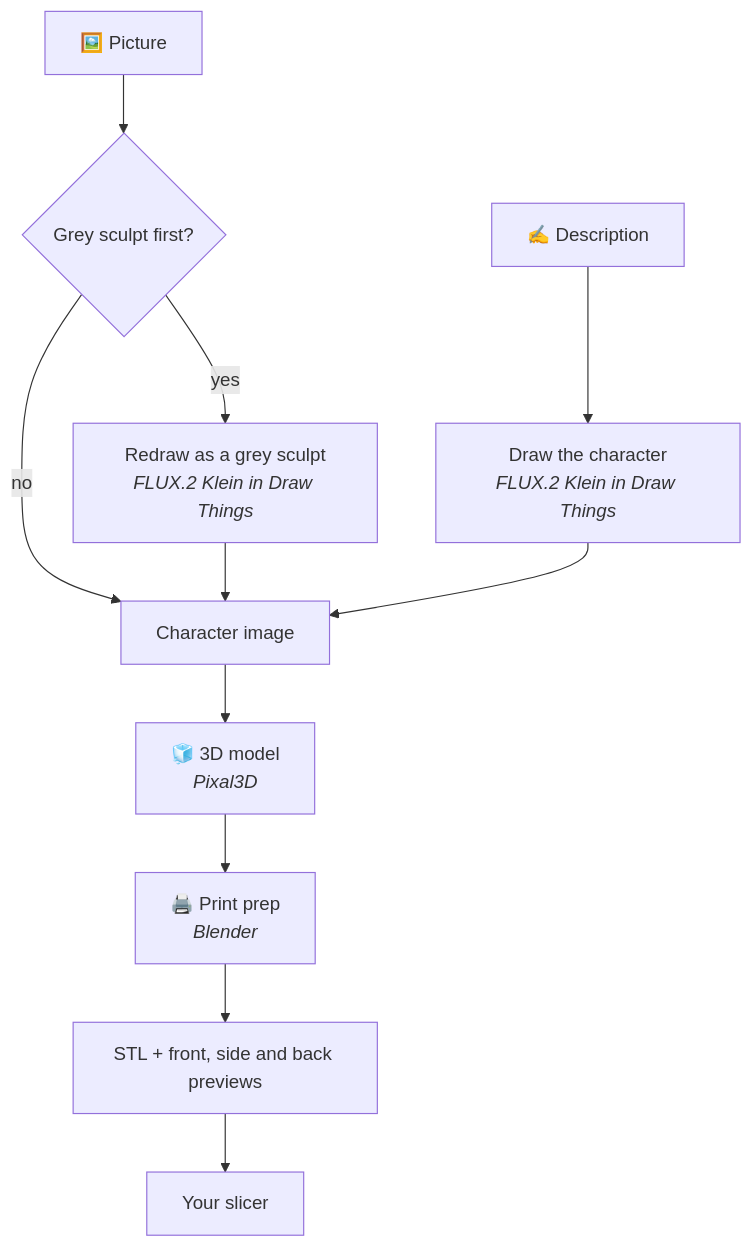
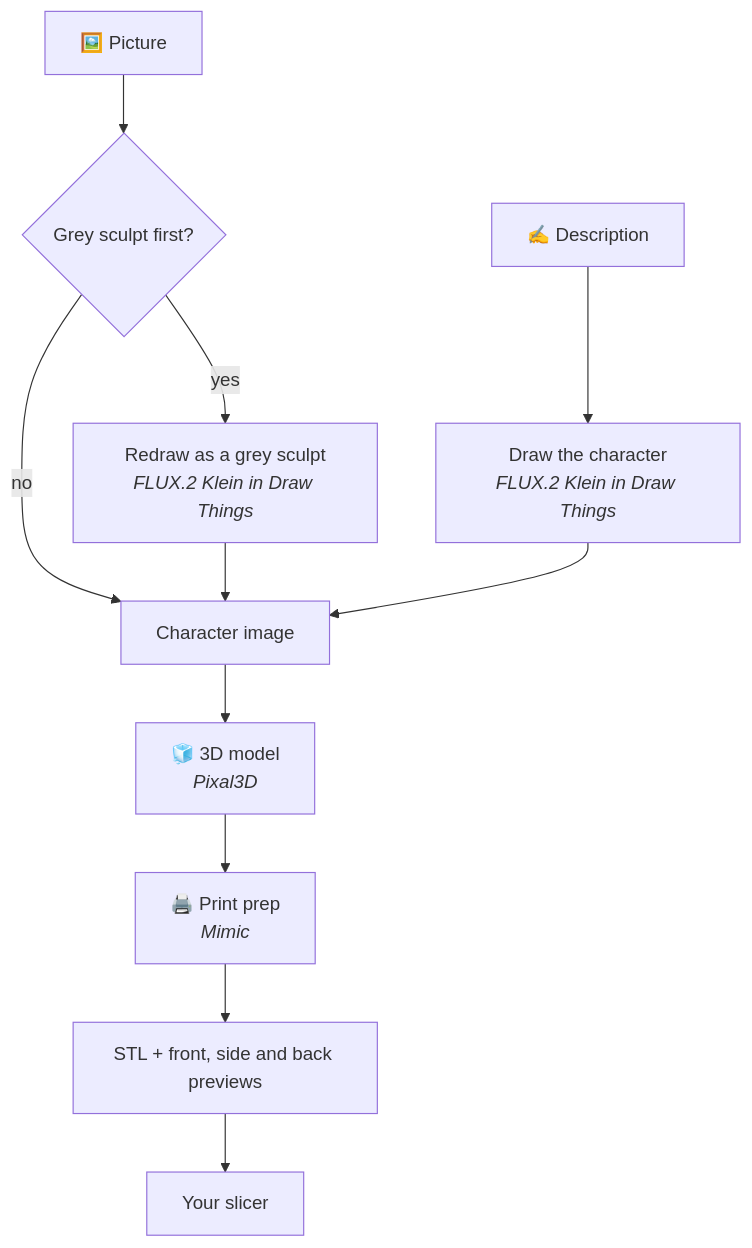
One commit to yonatankarp/mimic changed the diagram in README.md. Above: the diagram before and after it, drawn with Mermaid. The commit also changed other lines of this file and 10 other files, not shown here.

Commit message:
chore: remove Blender: the Python prep, its shell test, and Blender in setup and the docs

````diff
--- a/README.md
+++ b/README.md
@@ -107,13 +106,13 @@
 ```mermaid
 flowchart TD
   pic["🖼️ Picture"] --> choice{"Grey sculpt first?"}
   text["✍️ Description"] --> draw["Draw the character<br/><i>FLUX.2 Klein in Draw Things</i>"]
   choice -- yes --> redraw["Redraw as a grey sculpt<br/><i>FLUX.2 Klein in Draw Things</i>"]
   choice -- no --> image
   redraw --> image["Character image"]
   draw --> image
   image --> mesh["🧊 3D model<br/><i>Pixal3D</i>"]
-  mesh --> prep["🖨️ Print prep<br/><i>Blender</i>"]
+  mesh --> prep["🖨️ Print prep<br/><i>Mimic</i>"]
   prep --> out["STL + front, side and back previews"]
   out --> slicer["Your slicer"]
 ```
````
